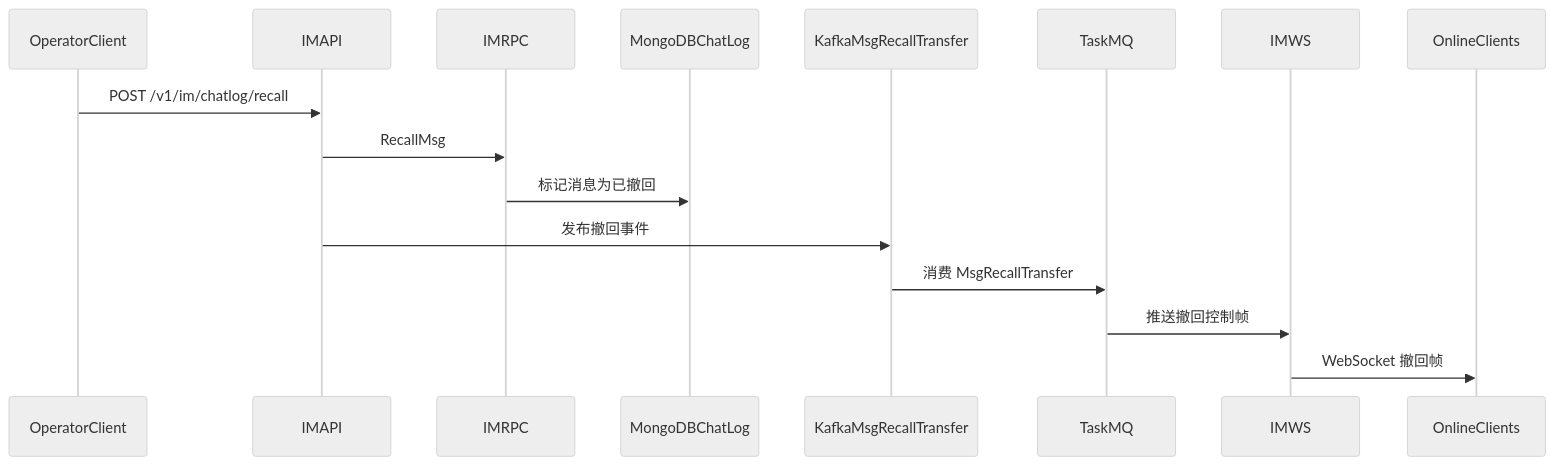
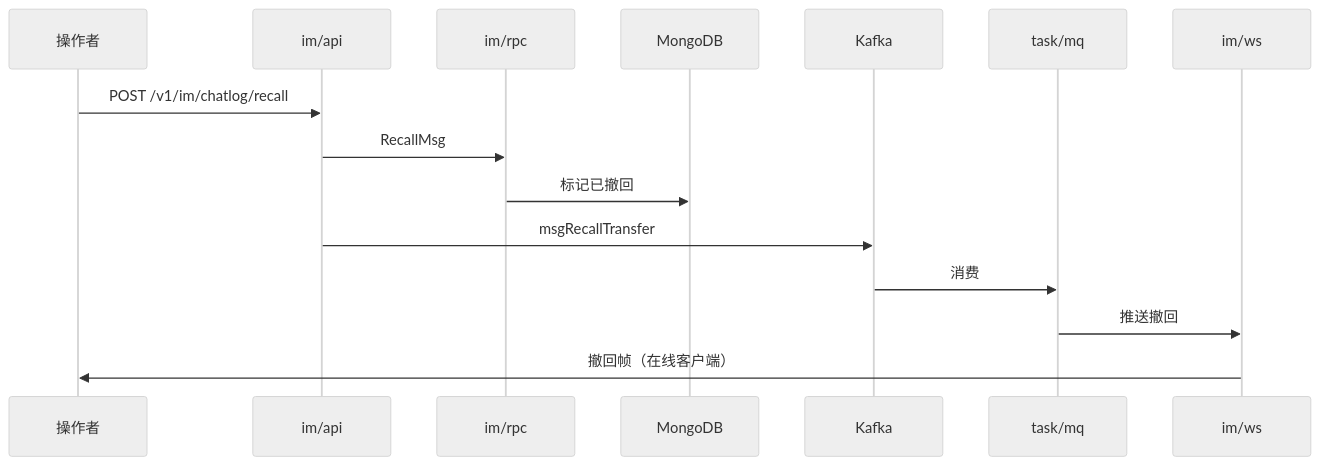
The third of 6 diagrams in docs/README.zh-CN.md (iceymoss/go-hichat-api), drawn with Mermaid (neutral theme) before and after one commit. The commit also changed other lines of this file and 1 other file, not shown here.

First line of the commit message:
docs: humanize sequence diagrams and fix Go version

````diff
--- a/docs/README.zh-CN.md
+++ b/docs/README.zh-CN.md
@@ -135,10 +148,17 @@
 ```mermaid
 sequenceDiagram
-  OperatorClient->>IMAPI: POST /v1/im/chatlog/recall
-  IMAPI->>IMRPC: RecallMsg
-  IMRPC->>MongoDBChatLog: 标记消息为已撤回
-  IMAPI->>KafkaMsgRecallTransfer: 发布撤回事件
-  KafkaMsgRecallTransfer->>TaskMQ: 消费 MsgRecallTransfer
-  TaskMQ->>IMWS: 推送撤回控制帧
-  IMWS->>OnlineClients: WebSocket 撤回帧
+  participant C as 操作者
+  participant API as im/api
+  participant RPC as im/rpc
+  participant DB as MongoDB
+  participant K as Kafka
+  participant MQ as task/mq
+  participant WS as im/ws
+  C->>API: POST /v1/im/chatlog/recall
+  API->>RPC: RecallMsg
+  RPC->>DB: 标记已撤回
+  API->>K: msgRecallTransfer
+  K->>MQ: 消费
+  MQ->>WS: 推送撤回
+  WS->>C: 撤回帧（在线客户端）
 ```
````
